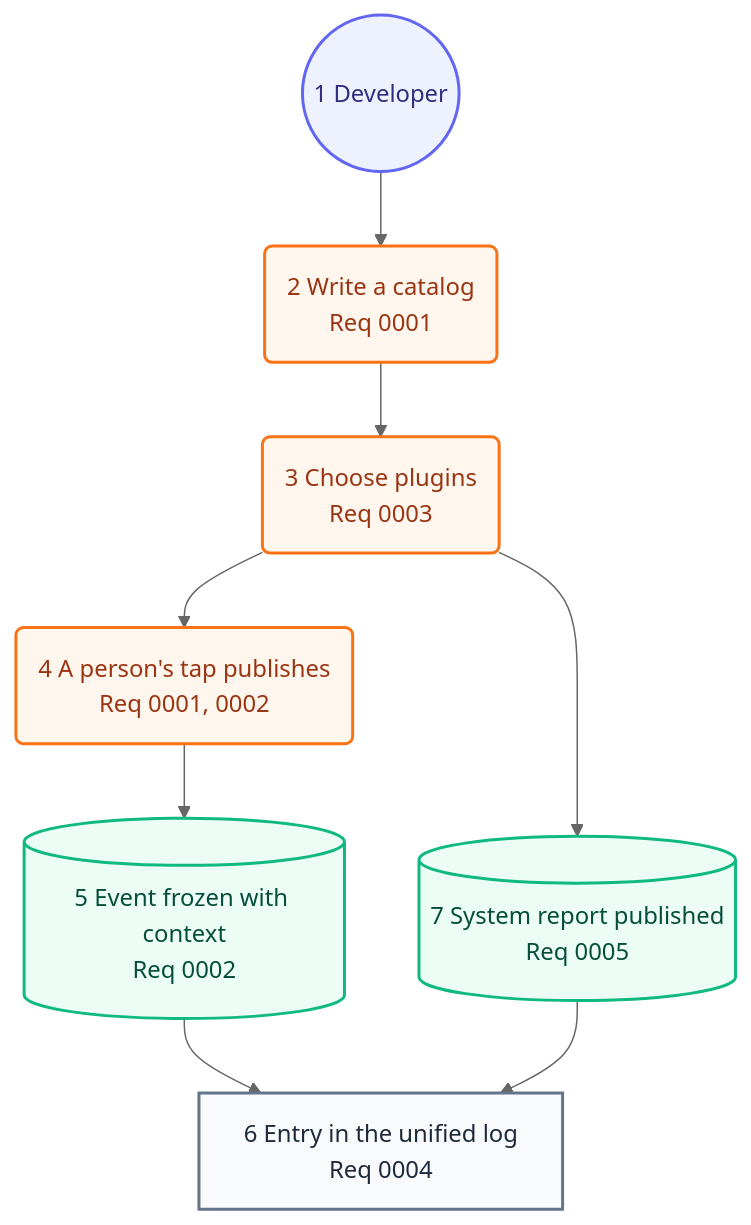
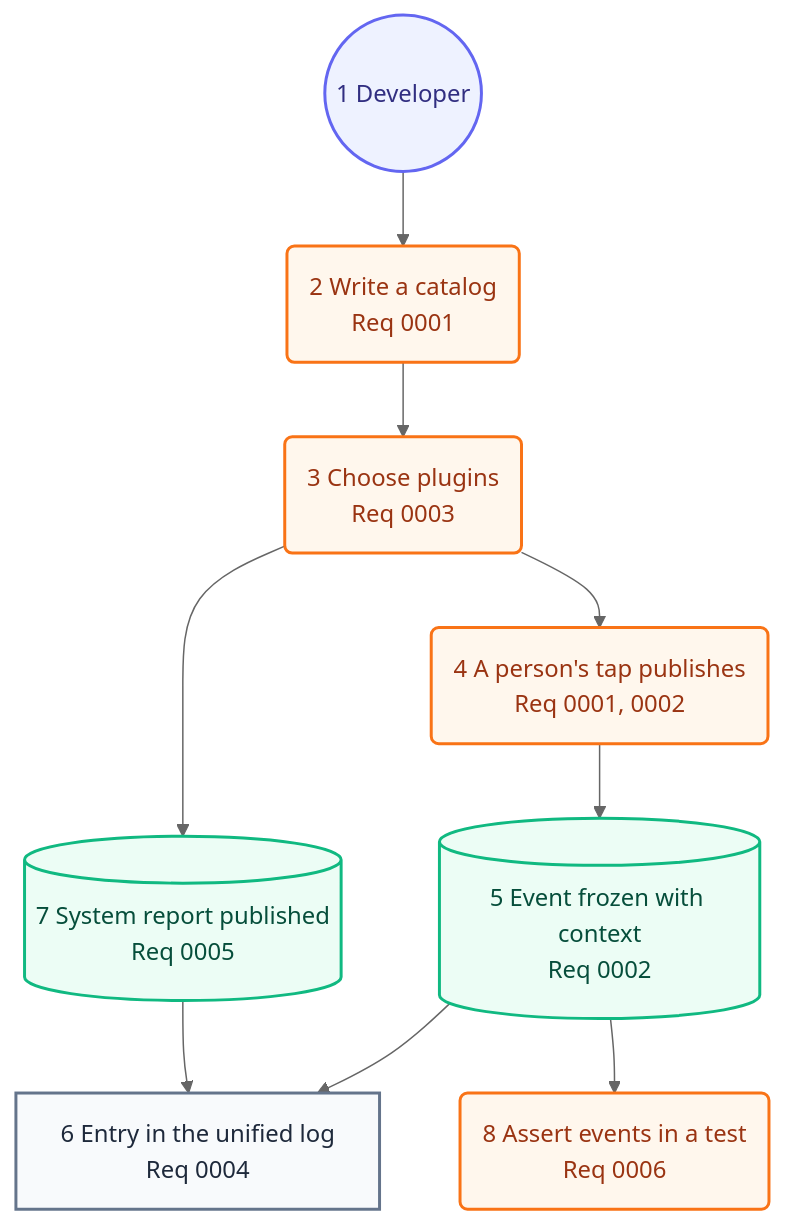
Before and after one commit to may-journal/Stratum-Observability-Swift: the second of 2 diagrams in docs/architecture/05-user-journey.md, drawn with Mermaid (neutral theme). The commit also changed other lines of this file and 10 other files, not shown here.

````diff
--- a/docs/architecture/05-user-journey.md
+++ b/docs/architecture/05-user-journey.md
@@ -31,23 +31,25 @@
 ```mermaid
 flowchart TB
     dev((1 Developer)):::persona
     catalog(2 Write a catalog<br/>Req 0001):::action
     plugins(3 Choose plugins<br/>Req 0003):::action
     tap(4 A person's tap publishes<br/>Req 0001, 0002):::action
     snapshot[(5 Event frozen with context<br/>Req 0002)]:::system
     log[6 Entry in the unified log<br/>Req 0004]:::screen
     report[(7 System report published<br/>Req 0005)]:::system
+    test(8 Assert events in a test<br/>Req 0006):::action
 
     dev --> catalog
     catalog --> plugins
     plugins --> tap
     tap --> snapshot
     snapshot --> log
     plugins --> report
     report --> log
+    snapshot --> test
 
     classDef persona fill:#eef2ff,stroke:#6366f1,color:#312e81,stroke-width:2px
     classDef screen fill:#f8fafc,stroke:#64748b,color:#1e293b,stroke-width:2px
     classDef action fill:#fff7ed,stroke:#f97316,color:#9a3412,stroke-width:2px
     classDef system fill:#ecfdf5,stroke:#10b981,color:#064e3b,stroke-width:2px
 ```
````
